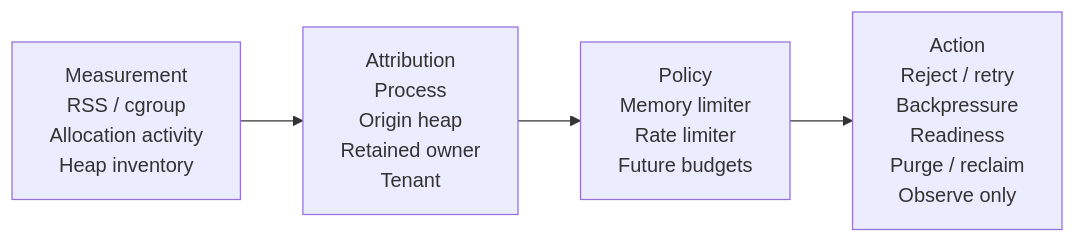
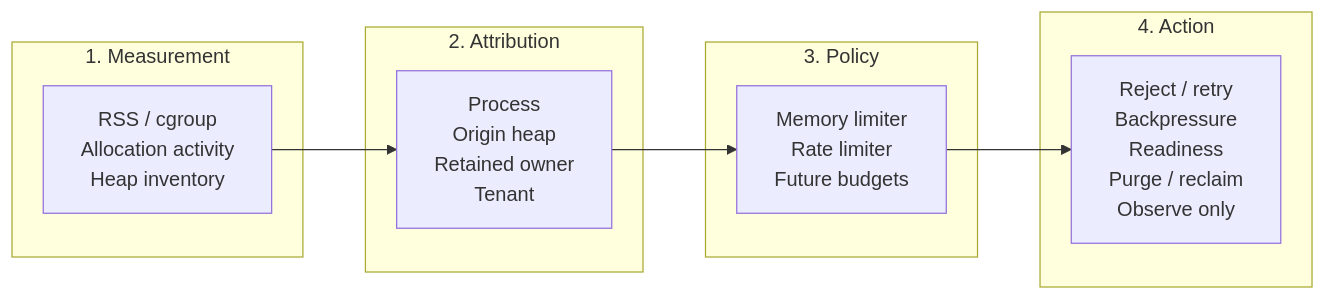
Before and after one commit to open-telemetry/otel-arrow: the first of 7 diagrams in rust/otap-dataflow/docs/memory-resource-management.md, drawn with Mermaid.

Commit message:
docs: distinguish memory management stages

````diff
--- a/rust/otap-dataflow/docs/memory-resource-management.md
+++ b/rust/otap-dataflow/docs/memory-resource-management.md
@@ -39,9 +39,20 @@
 ```mermaid
 flowchart LR
-    M["Measurement<br/>RSS / cgroup<br/>Allocation activity<br/>Heap inventory"]
-    A["Attribution<br/>Process<br/>Origin heap<br/>Retained owner<br/>Tenant"]
-    P["Policy<br/>Memory limiter<br/>Rate limiter<br/>Future budgets"]
-    X["Action<br/>Reject / retry<br/>Backpressure<br/>Readiness<br/>Purge / reclaim<br/>Observe only"]
+    subgraph S1["1. Measurement"]
+        M["RSS / cgroup<br/>Allocation activity<br/>Heap inventory"]
+    end
+
+    subgraph S2["2. Attribution"]
+        A["Process<br/>Origin heap<br/>Retained owner<br/>Tenant"]
+    end
+
+    subgraph S3["3. Policy"]
+        P["Memory limiter<br/>Rate limiter<br/>Future budgets"]
+    end
+
+    subgraph S4["4. Action"]
+        X["Reject / retry<br/>Backpressure<br/>Readiness<br/>Purge / reclaim<br/>Observe only"]
+    end
 
     M --> A --> P --> X
 ```
````
